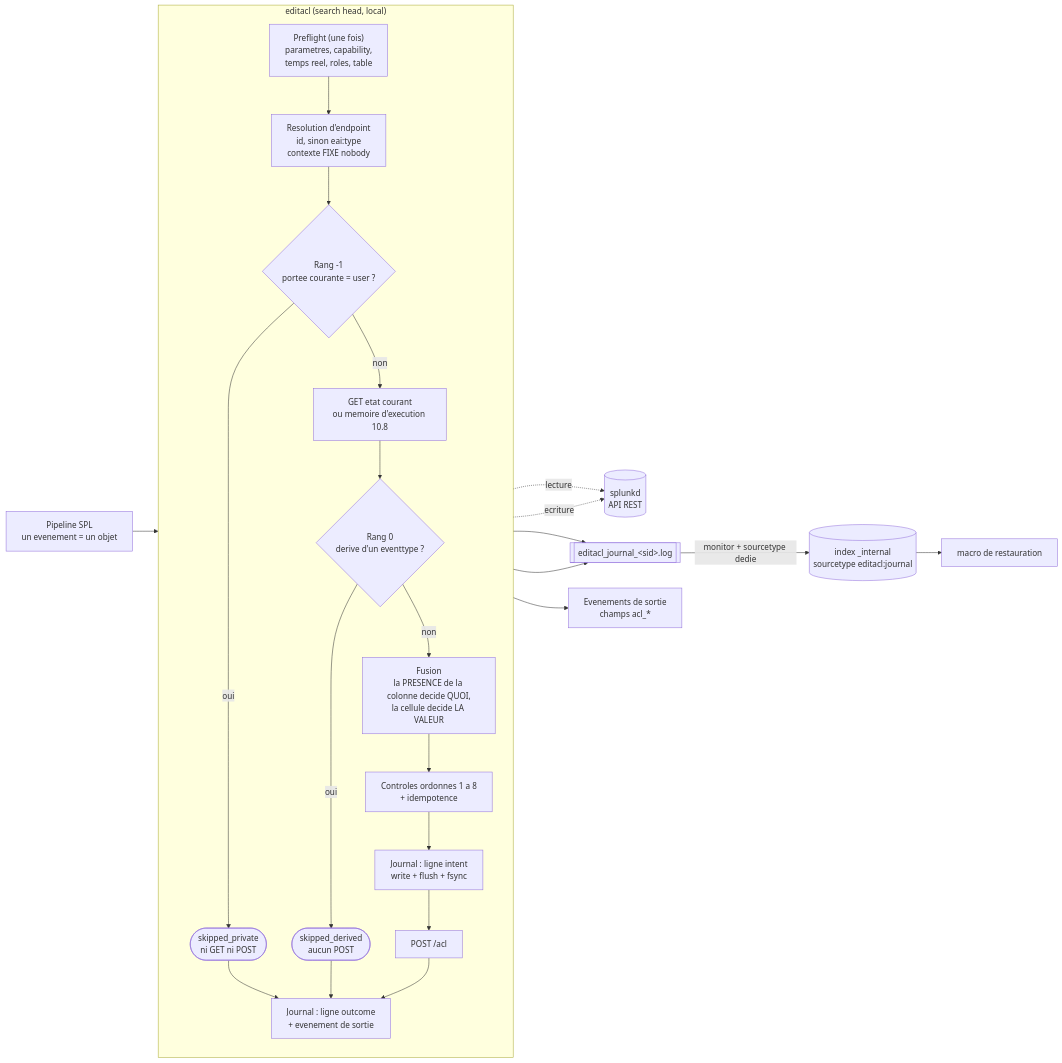
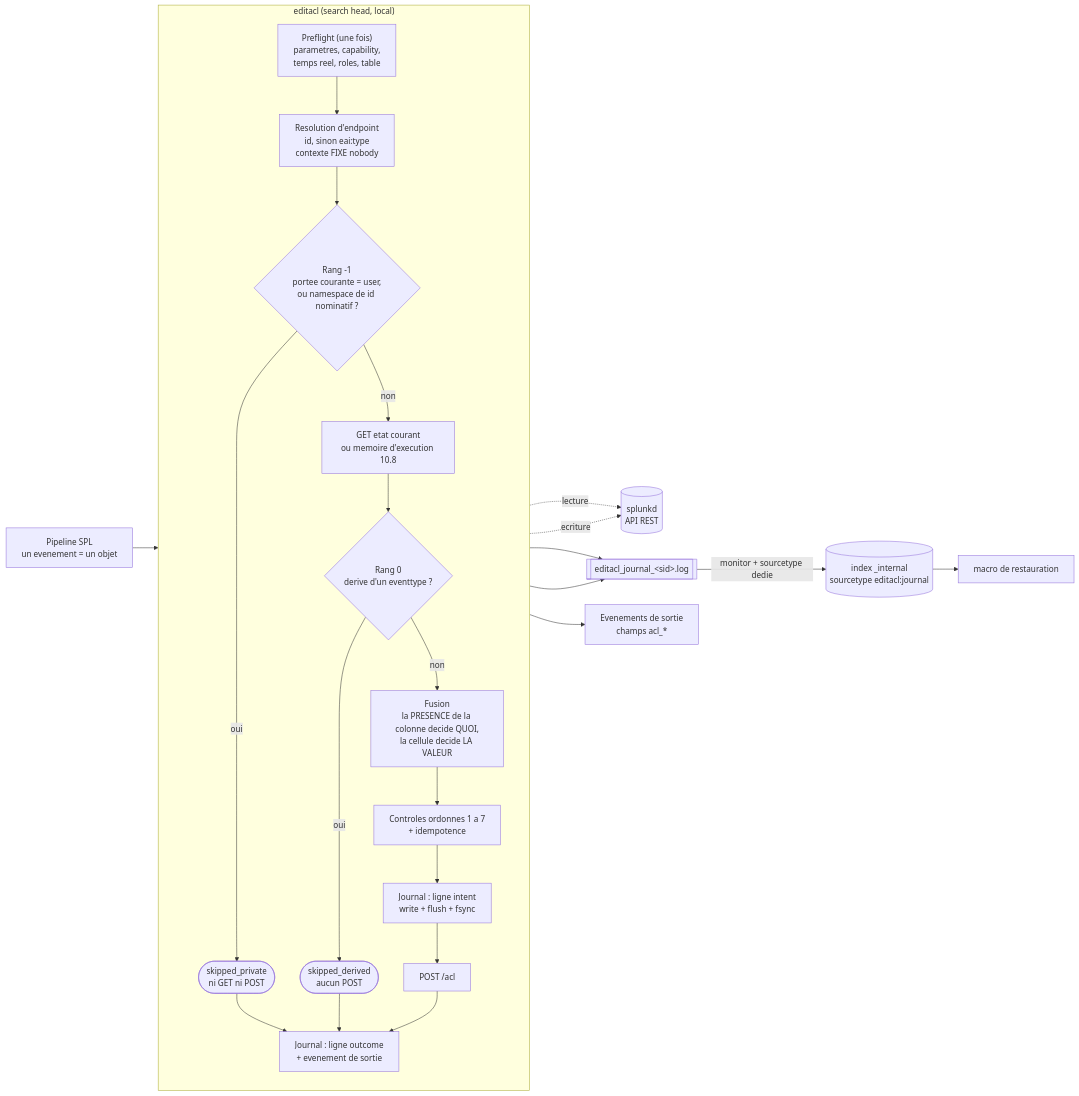
One commit to rafiki31130/SA-acl-tools changed the first of 4 diagrams in README.md. Above: the diagram before and after it, drawn with Mermaid. The commit also changed other lines of this file and 3 other files, not shown here.

````diff
--- a/README.md
+++ b/README.md
@@ -44,33 +44,33 @@
 ```mermaid
 flowchart LR
   SPL["Pipeline SPL<br/>un evenement = un objet"] --> CMD
 
   subgraph CMD["editacl (search head, local)"]
     direction TB
     PRE["Preflight (une fois)<br/>parametres, capability,<br/>temps reel, roles, table"]
     RES["Resolution d'endpoint<br/>id, sinon eai:type<br/>contexte FIXE nobody"]
-    RM1{"Rang -1<br/>portee courante = user ?"}
+    RM1{"Rang -1<br/>portee courante = user,<br/>ou namespace de id nominatif ?"}
     SKP(["skipped_private<br/>ni GET ni POST"])
     GET["GET etat courant<br/>ou memoire d'execution 10.8"]
     R0{"Rang 0<br/>derive d'un eventtype ?"}
     SKD(["skipped_derived<br/>aucun POST"])
     MER["Fusion<br/>la PRESENCE de la colonne decide QUOI,<br/>la cellule decide LA VALEUR"]
-    CTL["Controles ordonnes 1 a 8<br/>+ idempotence"]
+    CTL["Controles ordonnes 1 a 7<br/>+ idempotence"]
     WAL["Journal : ligne intent<br/>write + flush + fsync"]
     POST["POST /acl"]
     OUT["Journal : ligne outcome<br/>+ evenement de sortie"]
     PRE --> RES --> RM1
     RM1 -->|"oui"| SKP --> OUT
     RM1 -->|"non"| GET --> R0
     R0 -->|"oui"| SKD --> OUT
     R0 -->|"non"| MER --> CTL --> WAL --> POST --> OUT
   end
 
   GET -. "lecture" .-> SPLUNKD[("splunkd<br/>API REST")]
   POST -. "ecriture" .-> SPLUNKD
   WAL --> FILE[["editacl_journal_&lt;sid&gt;.log"]]
   OUT --> FILE
   FILE -- "monitor + sourcetype dedie" --> IDX[("index _internal<br/>sourcetype editacl:journal")]
   IDX --> RB["macro de restauration"]
   CMD --> RESULT["Evenements de sortie<br/>champs acl_*"]
 ```
````
